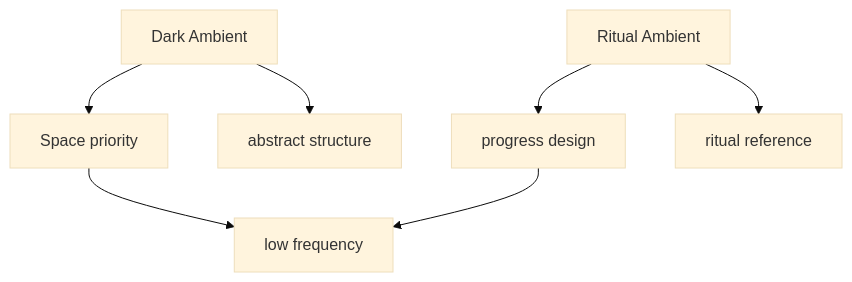
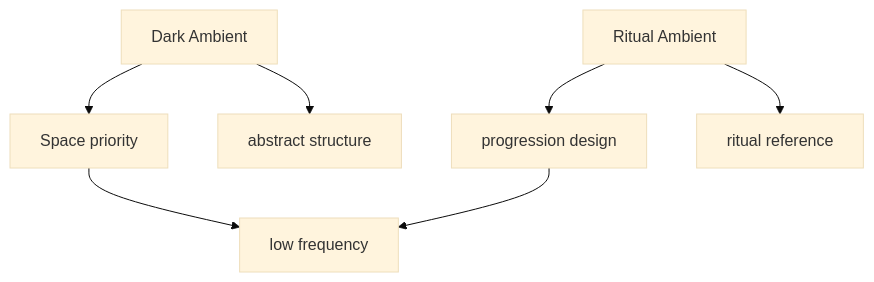
One commit to monumental-movement/monumental-movement.github.io changed the diagram in en/_posts/2025-12-16-column-dark-ambient-ritual-ambient.md. Above: the diagram before and after it, drawn with Mermaid (base theme). The commit also changed other lines of this file and 375 other files, not shown here.

```diff
--- a/en/_posts/2025-12-16-column-dark-ambient-ritual-ambient.md
+++ b/en/_posts/2025-12-16-column-dark-ambient-ritual-ambient.md
@@ -149,9 +149,9 @@
 <div class="mermaid">
 graph TD
 A[Dark Ambient] --> B[Space priority]
 A --> C[abstract structure]
-D[Ritual Ambient] --> E[progress design]
+D[Ritual Ambient] --> E[progression design]
 D --> F[ritual reference]
 B --> G[low frequency]
 E --> G
 </div>
```
